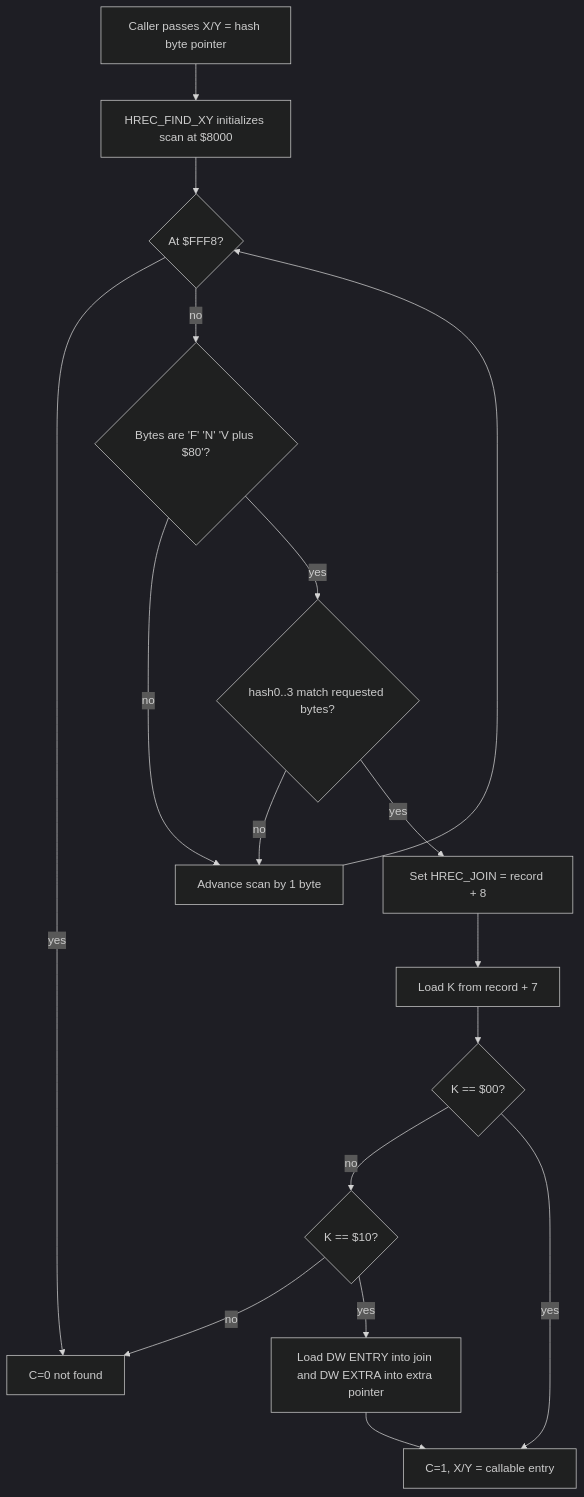
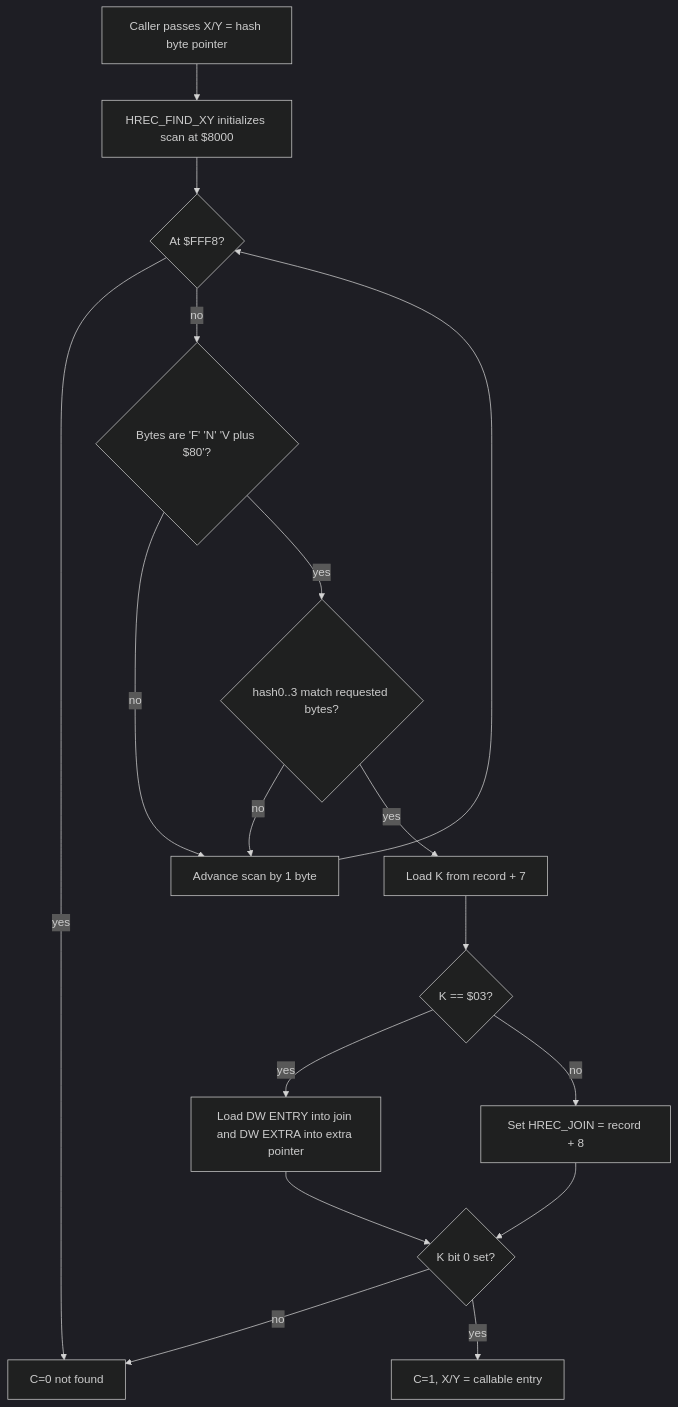
The second of 2 diagrams in DOC/GUIDES/CATALOG/HREC_JOIN_PROOF.md (95westus/R-YORS), drawn with Mermaid (dark theme) before and after one commit. The commit also changed other lines of this file and 11 other files, not shown here.

````diff
--- a/DOC/GUIDES/CATALOG/HREC_JOIN_PROOF.md
+++ b/DOC/GUIDES/CATALOG/HREC_JOIN_PROOF.md
@@ -418,19 +519,19 @@
 ```mermaid
 flowchart TD
     REQ["Caller passes X/Y = hash byte pointer"] --> INIT["HREC_FIND_XY initializes scan at $8000"]
     INIT --> END{"At $FFF8?"}
     END -->|yes| NF["C=0 not found"]
     END -->|no| SIG{"Bytes are 'F' 'N' 'V plus $80'?"}
     SIG -->|no| ADV["Advance scan by 1 byte"]
     ADV --> END
     SIG -->|yes| HASH{"hash0..3 match requested bytes?"}
     HASH -->|no| ADV
-    HASH -->|yes| ENTRY["Set HREC_JOIN = record + 8"]
-    ENTRY --> KIND["Load K from record + 7"]
-    KIND --> EXEC{"K == $00?"}
-    EXEC -->|no| K10{"K == $10?"}
+    HASH -->|yes| KIND["Load K from record + 7"]
+    KIND --> PTR{"K == $03?"}
+    PTR -->|yes| EXT["Load DW ENTRY into join and DW EXTRA into extra pointer"]
+    PTR -->|no| ENTRY["Set HREC_JOIN = record + 8"]
+    EXT --> EXEC{"K bit 0 set?"}
+    ENTRY --> EXEC
+    EXEC -->|no| NF
     EXEC -->|yes| OK["C=1, X/Y = callable entry"]
-    K10 -->|no| NF
-    K10 -->|yes| EXT["Load DW ENTRY into join and DW EXTRA into extra pointer"]
-    EXT --> OK
 ```
````
